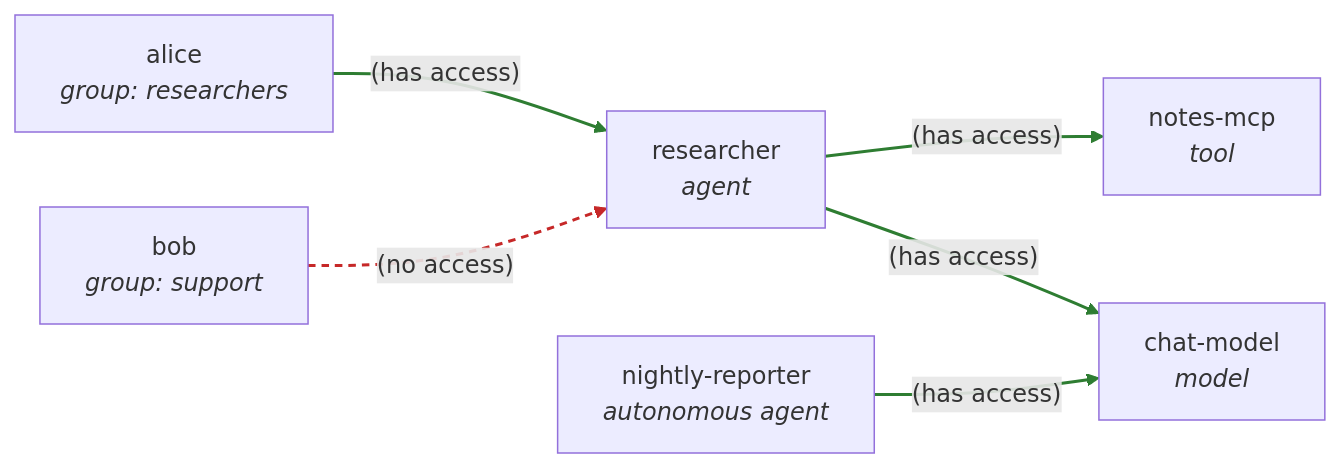
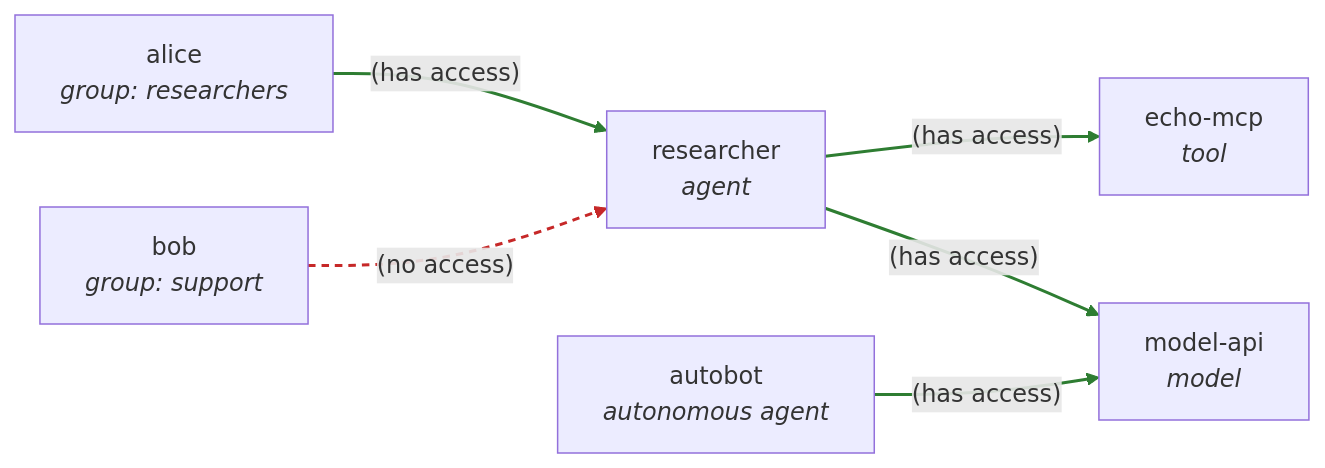
Before and after one commit to axsaucedo/kaos: the second of 12 diagrams in docs/examples/authorization-draft.md, drawn with Mermaid. The commit also changed other lines of this file and 4 other files, not shown here.

Commit message:
feat(samples): replace access-grant sample with authorization walkthrough (echo-mcp, autobot, model-api)

````diff
--- a/docs/examples/authorization-draft.md
+++ b/docs/examples/authorization-draft.md
@@ -130,21 +130,21 @@
 ```mermaid
 flowchart LR
   alice["alice<br/><i>group: researchers</i>"]
   bob["bob<br/><i>group: support</i>"]
   RES["researcher<br/><i>agent</i>"]
-  NR["nightly-reporter<br/><i>autonomous agent</i>"]
-  MCP["notes-mcp<br/><i>tool</i>"]
-  MODEL["chat-model<br/><i>model</i>"]
+  NR["autobot<br/><i>autonomous agent</i>"]
+  MCP["echo-mcp<br/><i>tool</i>"]
+  MODEL["model-api<br/><i>model</i>"]
 
   alice -->|"(has access)"| RES
   bob -->|"(no access)"| RES
   RES -->|"(has access)"| MCP
   RES -->|"(has access)"| MODEL
   NR -->|"(has access)"| MODEL
 
   linkStyle 0 stroke:#2e7d32,stroke-width:2px
   linkStyle 1 stroke:#c62828,stroke-width:2px,stroke-dasharray:5 4
   linkStyle 2 stroke:#2e7d32,stroke-width:2px
   linkStyle 3 stroke:#2e7d32,stroke-width:2px
   linkStyle 4 stroke:#2e7d32,stroke-width:2px
 ```
````
